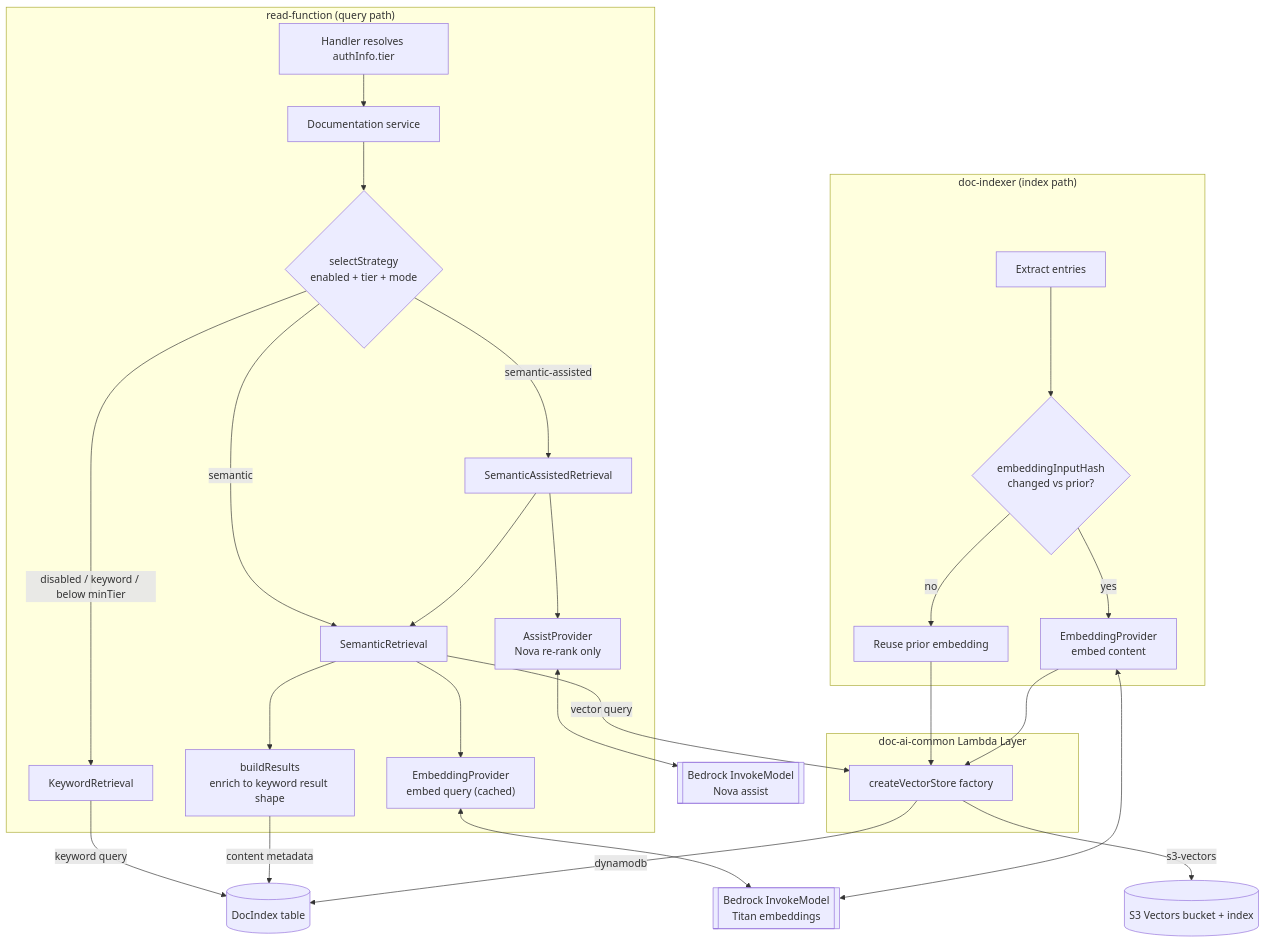
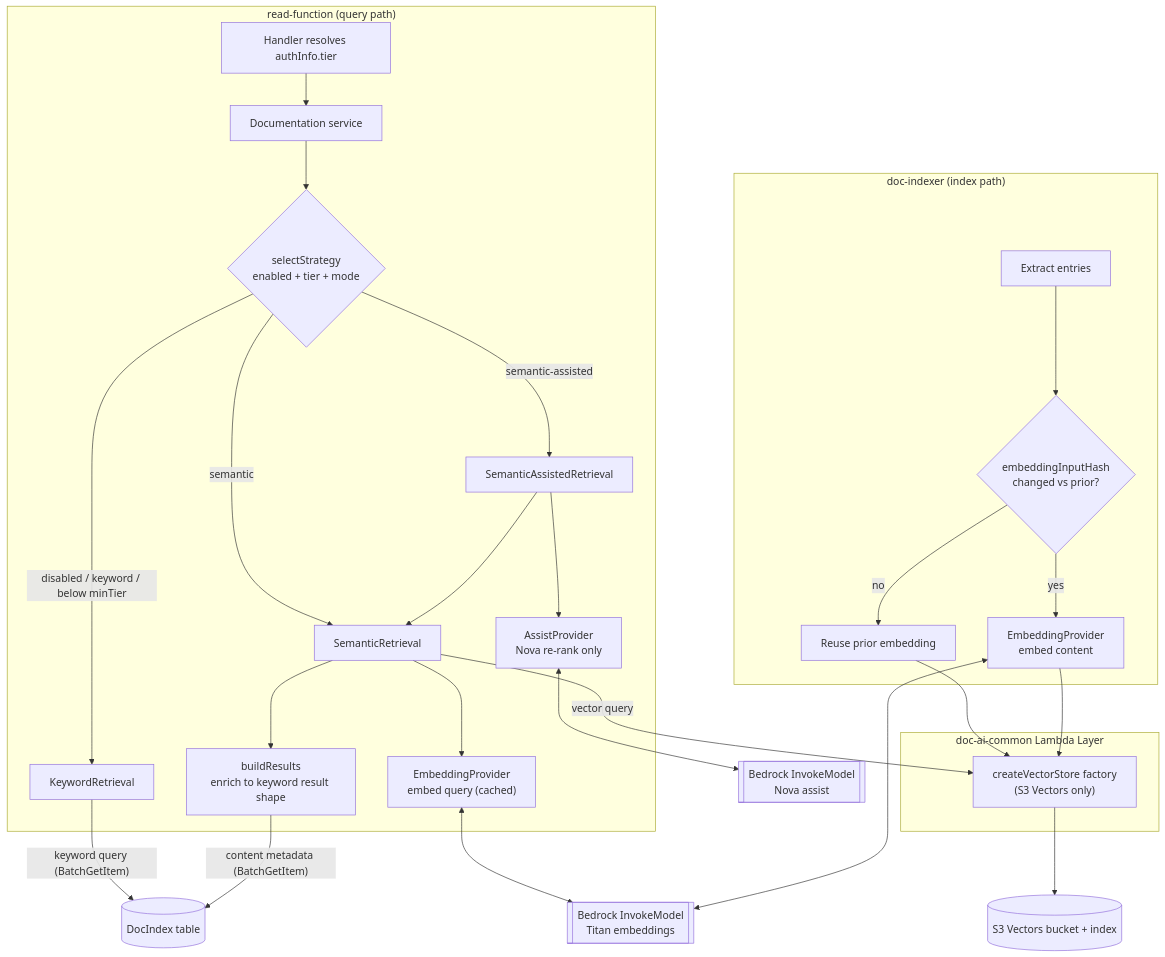
Before and after one commit to 63Klabs/atlantis-mcp: the third of 3 diagrams in ARCHITECTURE.md, drawn with Mermaid. The commit also changed other lines of this file and 50 other files, not shown here.

````diff
--- a/ARCHITECTURE.md
+++ b/ARCHITECTURE.md
@@ -468,35 +484,34 @@
 ```mermaid
 flowchart TD
     subgraph READ["read-function (query path)"]
         H["Handler resolves authInfo.tier"] --> DS["Documentation service"]
         DS --> SS{"selectStrategy<br/>enabled + tier + mode"}
         SS -->|"disabled / keyword / below minTier"| KW["KeywordRetrieval"]
         SS -->|"semantic"| SEM["SemanticRetrieval"]
         SS -->|"semantic-assisted"| ASST["SemanticAssistedRetrieval"]
         ASST --> SEM
         ASST --> AP["AssistProvider<br/>Nova re-rank only"]
         SEM --> EPQ["EmbeddingProvider<br/>embed query (cached)"]
         SEM --> BR["buildResults<br/>enrich to keyword result shape"]
     end
 
     subgraph INDEX["doc-indexer (index path)"]
         EX["Extract entries"] --> CH{"embeddingInputHash<br/>changed vs prior?"}
         CH -->|"no"| RU["Reuse prior embedding"]
         CH -->|"yes"| EMB["EmbeddingProvider<br/>embed content"]
     end
 
     subgraph LAYER["doc-ai-common Lambda Layer"]
-        VSF["createVectorStore factory"]
+        VSF["createVectorStore factory<br/>(S3 Vectors only)"]
     end
 
-    KW -->|"keyword query"| DDB[("DocIndex table")]
-    BR -->|"content metadata"| DDB
+    KW -->|"keyword query (BatchGetItem)"| DDB[("DocIndex table")]
+    BR -->|"content metadata (BatchGetItem)"| DDB
     SEM -->|"vector query"| VSF
     RU --> VSF
     EMB --> VSF
-    VSF -->|"dynamodb"| DDB
-    VSF -->|"s3-vectors"| S3V[("S3 Vectors bucket + index")]
+    VSF --> S3V[("S3 Vectors bucket + index")]
     EPQ <--> BEDE[["Bedrock InvokeModel<br/>Titan embeddings"]]
     EMB <--> BEDE
     AP <--> BEDN[["Bedrock InvokeModel<br/>Nova assist"]]
 ```
````
